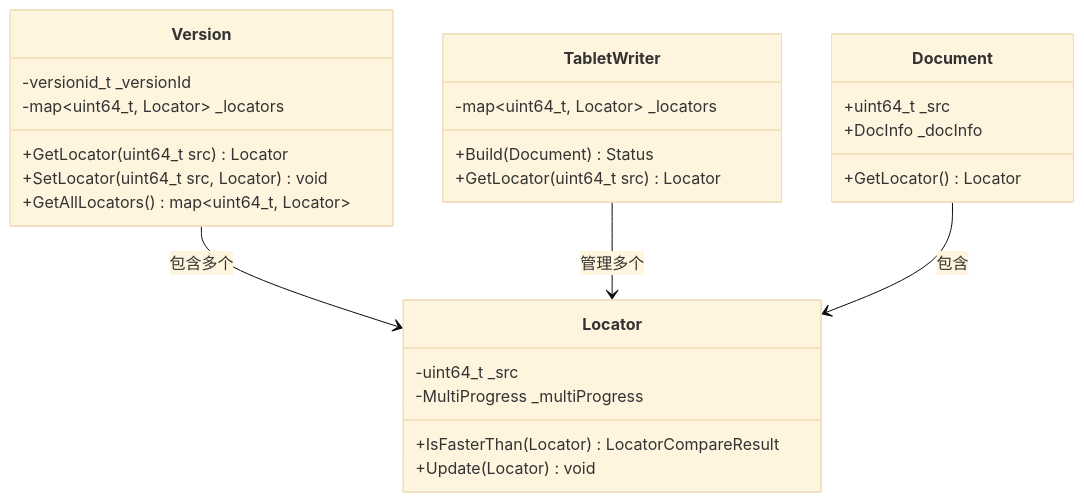
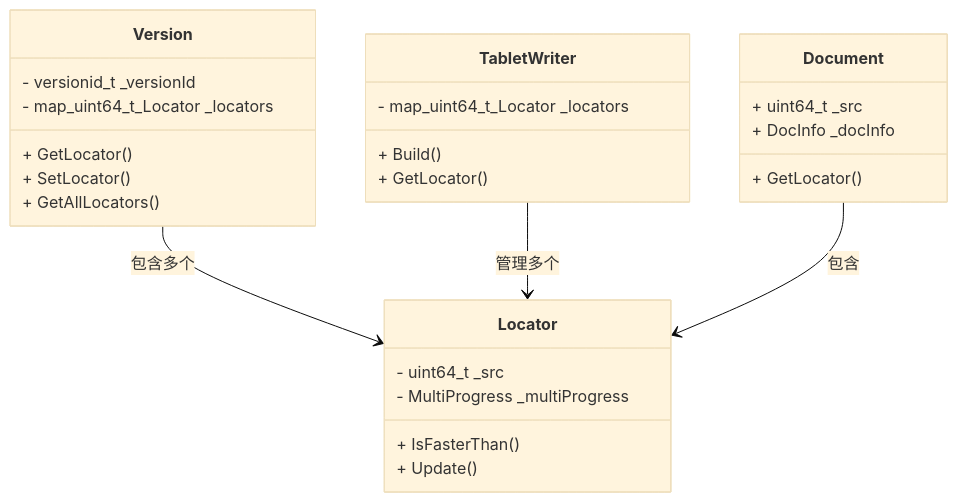
One commit to zhouzhilong-commits/zhouzhilong-commits.github.io changed diagram 12 of 19 in _posts/2025-07-22-indexlib-9-locator-consistency.md. Above: the diagram before and after it, drawn with Mermaid (base theme). The commit also changed other lines of this file and 228 other files, not shown here.

````diff
--- a/_posts/2025-07-22-indexlib-9-locator-consistency.md
+++ b/_posts/2025-07-22-indexlib-9-locator-consistency.md
@@ -1136,33 +1136,33 @@
 ```mermaid
 classDiagram
     class Version {
-        -versionid_t _versionId
-        -map~uint64_t, Locator~ _locators
-        +GetLocator(uint64_t src) Locator
-        +SetLocator(uint64_t src, Locator) void
-        +GetAllLocators() map~uint64_t, Locator~
+        - versionid_t _versionId
+        - map_uint64_t_Locator _locators
+        + GetLocator()
+        + SetLocator()
+        + GetAllLocators()
     }
     
     class Locator {
-        -uint64_t _src
-        -MultiProgress _multiProgress
-        +IsFasterThan(Locator) LocatorCompareResult
-        +Update(Locator) void
+        - uint64_t _src
+        - MultiProgress _multiProgress
+        + IsFasterThan()
+        + Update()
     }
     
     class TabletWriter {
-        -map~uint64_t, Locator~ _locators
-        +Build(Document) Status
-        +GetLocator(uint64_t src) Locator
+        - map_uint64_t_Locator _locators
+        + Build()
+        + GetLocator()
     }
     
     class Document {
-        +uint64_t _src
-        +DocInfo _docInfo
-        +GetLocator() Locator
+        + uint64_t _src
+        + DocInfo _docInfo
+        + GetLocator()
     }
     
     Version --> Locator : 包含多个
     TabletWriter --> Locator : 管理多个
     Document --> Locator : 包含
 ```
````
